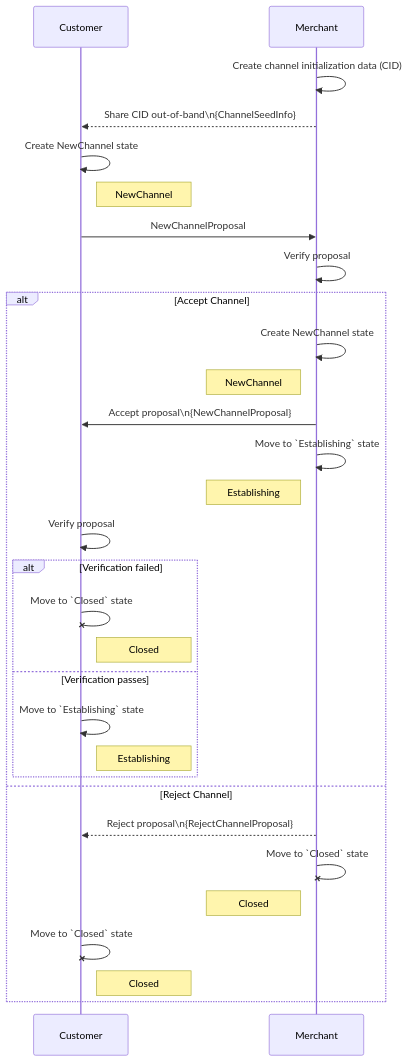
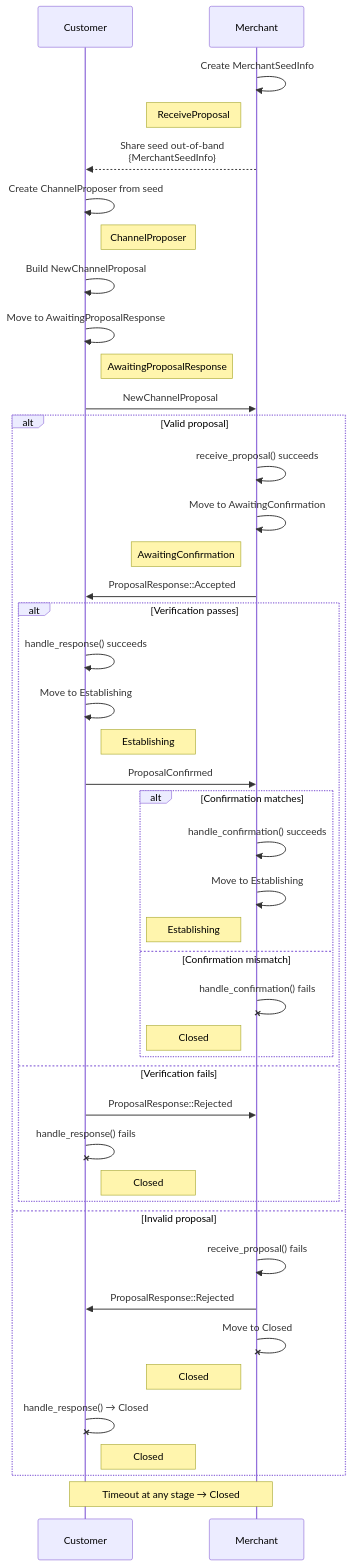
One commit to grease-xmr/grease changed the diagram in docs/diagrams/new_channel_sequence.md. Above: the diagram before and after it, drawn with Mermaid. The commit also changed 64 other files, not shown here.

````diff
--- a/docs/diagrams/new_channel_sequence.md
+++ b/docs/diagrams/new_channel_sequence.md
@@ -1,33 +1,54 @@
 ```mermaid
 sequenceDiagram
 participant Customer
 participant Merchant
 
-Merchant->>Merchant: Create channel initialization data (CID)
-Merchant-->>Customer: Share CID out-of-band\n{ChannelSeedInfo}
-Customer->>Customer: Create NewChannel state
-note right of Customer: NewChannel
+Merchant->>Merchant: Create MerchantSeedInfo
+note left of Merchant: ReceiveProposal
+Merchant-->>Customer: Share seed out-of-band<br/>{MerchantSeedInfo}
+
+Customer->>Customer: Create ChannelProposer from seed
+note right of Customer: ChannelProposer
+Customer->>Customer: Build NewChannelProposal
+Customer->>Customer: Move to AwaitingProposalResponse
+note right of Customer: AwaitingProposalResponse
 Customer->>Merchant: NewChannelProposal
-Merchant->>Merchant: Verify proposal
-alt Accept Channel
-    Merchant->>Merchant: Create NewChannel state
-    note left of Merchant: NewChannel
-    Merchant->>Customer: Accept proposal\n{NewChannelProposal}
-    Merchant->>Merchant: Move to `Establishing` state
-    note left of Merchant: Establishing
-    Customer->>Customer: Verify proposal
-    alt Verification failed
-        Customer-xCustomer: Move to `Closed` state
+
+alt Valid proposal
+    Merchant->>Merchant: receive_proposal() succeeds
+    Merchant->>Merchant: Move to AwaitingConfirmation
+    note left of Merchant: AwaitingConfirmation
+    Merchant->>Customer: ProposalResponse::Accepted
+
+    alt Verification passes
+        Customer->>Customer: handle_response() succeeds
+        Customer->>Customer: Move to Establishing
+        note right of Customer: Establishing
+        Customer->>Merchant: ProposalConfirmed
+
+        alt Confirmation matches
+            Merchant->>Merchant: handle_confirmation() succeeds
+            Merchant->>Merchant: Move to Establishing
+            note left of Merchant: Establishing
+        else Confirmation mismatch
+            Merchant-xMerchant: handle_confirmation() fails
+            note left of Merchant: Closed
+        end
+
+    else Verification fails
+        Customer->>Merchant: ProposalResponse::Rejected
+        Customer-xCustomer: handle_response() fails
         note right of Customer: Closed
-    else Verification passes
-        Customer->>Customer: Move to `Establishing` state
-        note right of Customer: Establishing
     end
-else Reject Channel
-    Merchant-->>Customer: Reject proposal\n{RejectChannelProposal}
-    Merchant-xMerchant: Move to `Closed` state
+
+else Invalid proposal
+    Merchant->>Merchant: receive_proposal() fails
+    Merchant->>Customer: ProposalResponse::Rejected
+    Merchant-xMerchant: Move to Closed
     note left of Merchant: Closed
-    Customer-xCustomer: Move to `Closed` state
+    Customer-xCustomer: handle_response() → Closed
     note right of Customer: Closed
 end
+
+note over Customer,Merchant: Timeout at any stage → Closed
 ```
````
